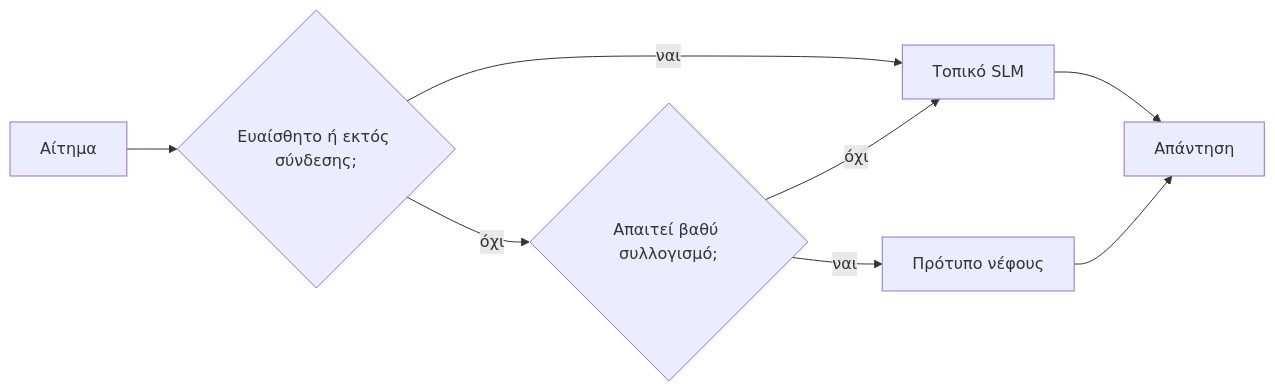
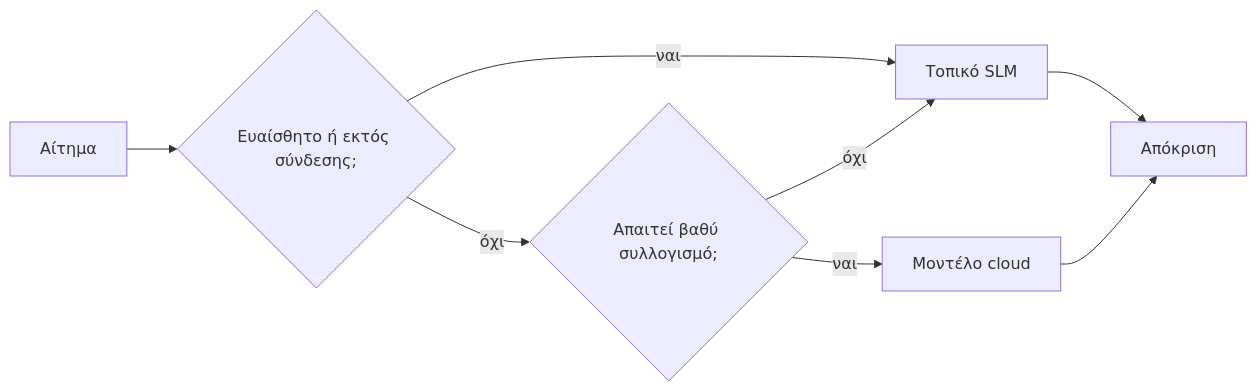
One commit to gabrielmoreira/agent-skills-mirror changed the fourth of 4 diagrams in mirrors/repos/microsoft@ai-agents-for-beginners/translations/el/17-creating-local-ai-agents/README.md. Above: the diagram before and after it, drawn with Mermaid. The commit also changed other lines of this file and 4262 other files, not shown here.

````diff
--- a/mirrors/repos/microsoft@ai-agents-for-beginners/translations/el/17-creating-local-ai-agents/README.md
+++ b/mirrors/repos/microsoft@ai-agents-for-beginners/translations/el/17-creating-local-ai-agents/README.md
@@ -156,10 +156,10 @@
 ```mermaid
 flowchart LR
     Q[Αίτημα] --> S{Ευαίσθητο ή εκτός σύνδεσης;}
     S -->|ναι| L[Τοπικό SLM]
     S -->|όχι| C{Απαιτεί βαθύ συλλογισμό;}
     C -->|όχι| L
-    C -->|ναι| Cloud[Πρότυπο νέφους]
-    L --> Out[Απάντηση]
+    C -->|ναι| Cloud[Μοντέλο cloud]
+    L --> Out[Απόκριση]
     Cloud --> Out
 ```
````
